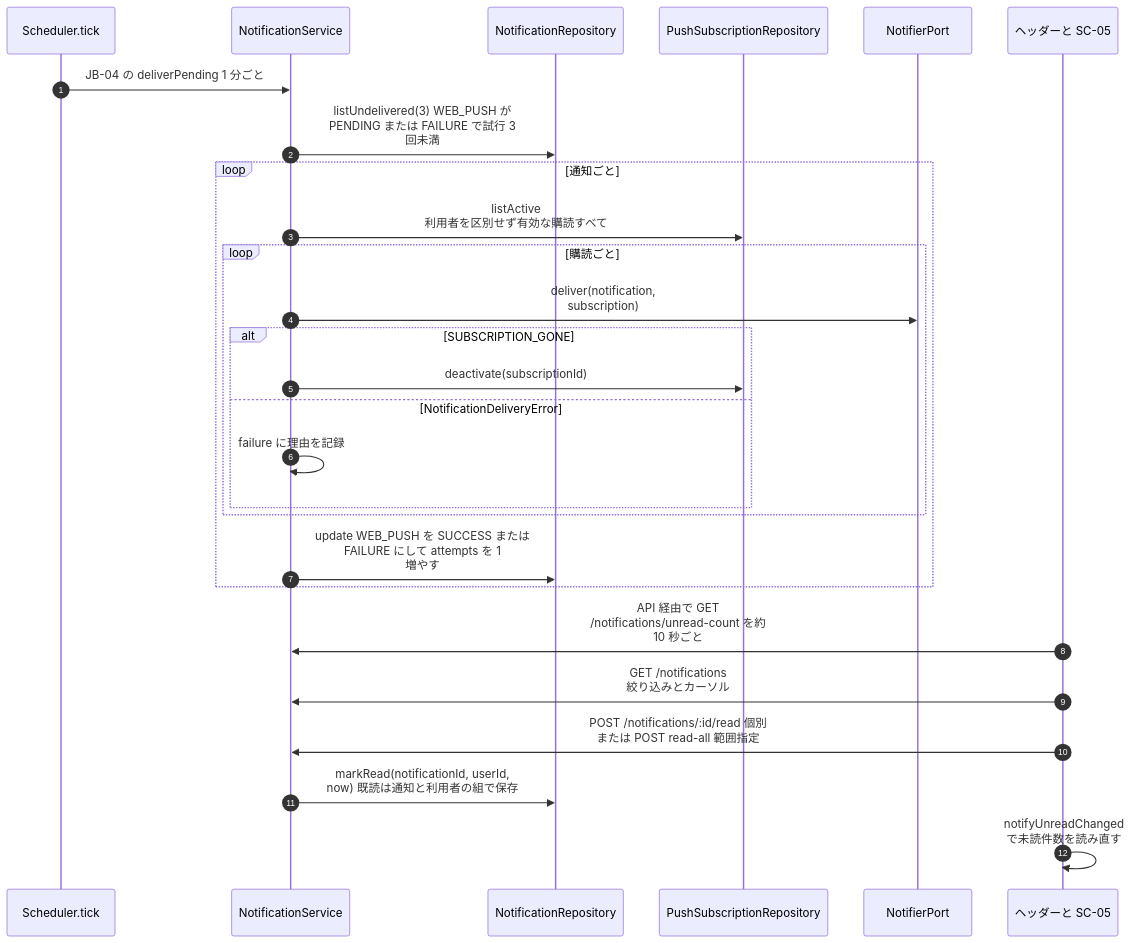
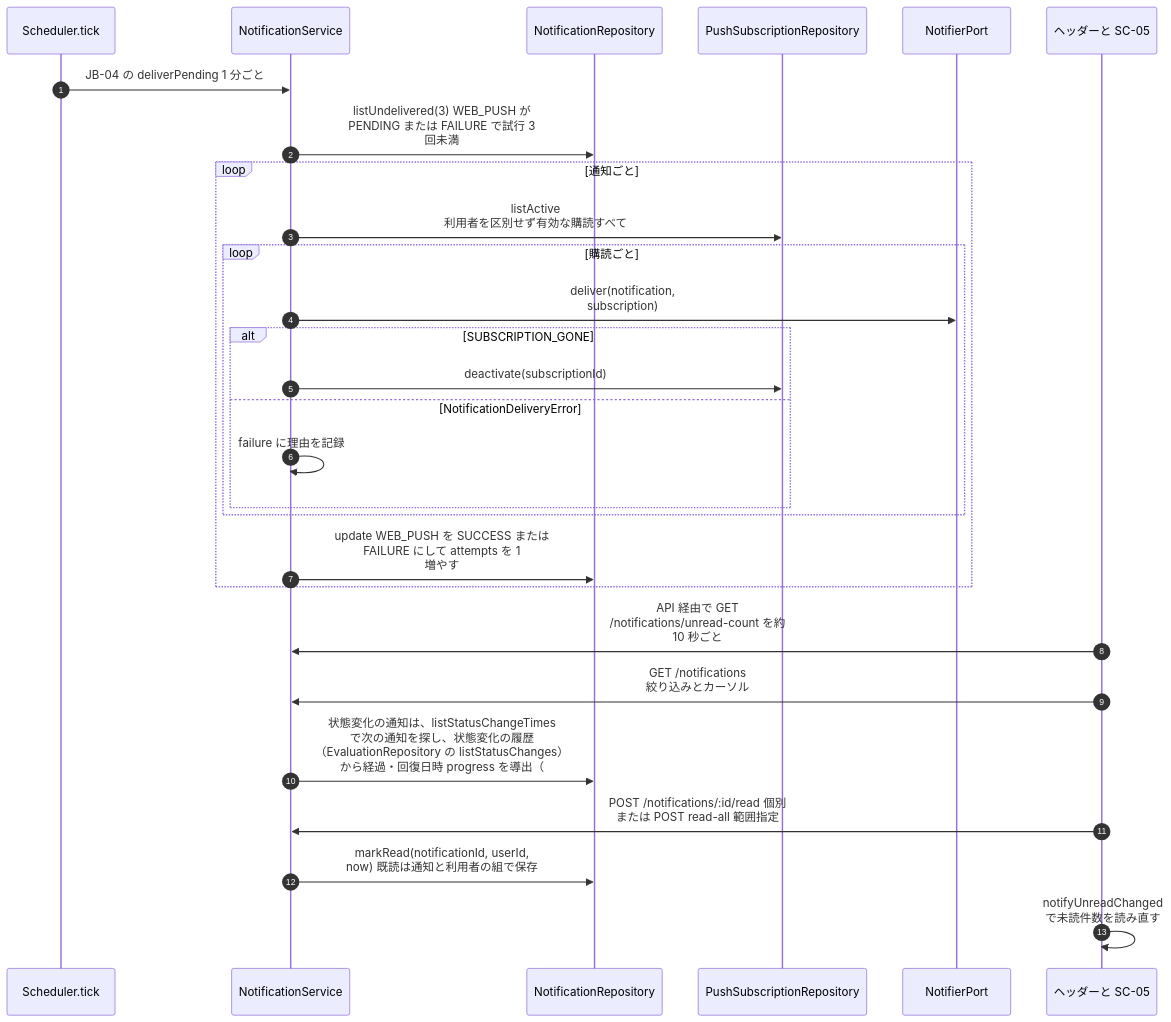
One commit to NS-APU/smart-farm-monitoring changed diagram 24 of 46 in docs/10_design/architecture/as-built.md. Above: the diagram before and after it, drawn with Mermaid. The commit also changed 21 other files, not shown here.

````diff
--- a/docs/10_design/architecture/as-built.md
+++ b/docs/10_design/architecture/as-built.md
@@ -1638,31 +1638,32 @@
 ```mermaid
 sequenceDiagram
   autonumber
   participant SCH as Scheduler.tick
   participant NS as NotificationService
   participant NR as NotificationRepository
   participant PR as PushSubscriptionRepository
   participant WP as NotifierPort
   participant UI as ヘッダーと SC-05
 
   SCH->>NS: JB-04 の deliverPending 1 分ごと
   NS->>NR: listUndelivered(3) WEB_PUSH が<br>PENDING または FAILURE で試行 3<br>回未満
   loop 通知ごと
     NS->>PR: listActive<br>利用者を区別せず有効な購読すべて
     loop 購読ごと
       NS->>WP: deliver(notification,<br>subscription)
       alt SUBSCRIPTION_GONE
         NS->>PR: deactivate(subscriptionId)
       else NotificationDeliveryError
         NS->>NS: failure に理由を記録
       end
     end
     NS->>NR: update WEB_PUSH を SUCCESS または<br>FAILURE にして attempts を 1<br>増やす
   end
 
   UI->>NS: API 経由で GET<br>/notifications/unread-count を約<br>10 秒ごと
   UI->>NS: GET /notifications<br>絞り込みとカーソル
+  NS->>NR: 状態変化の通知は、listStatusChangeTimes<br>で次の通知を探し、状態変化の履歴<br>（EvaluationRepository の listStatusChanges）<br>から経過・回復日時 progress を導出（#238）
   UI->>NS: POST /notifications/:id/read 個別<br>または POST read-all 範囲指定
   NS->>NR: markRead(notificationId, userId,<br>now) 既読は通知と利用者の組で保存
   UI->>UI: notifyUnreadChanged<br>で未読件数を読み直す
 ```
````
